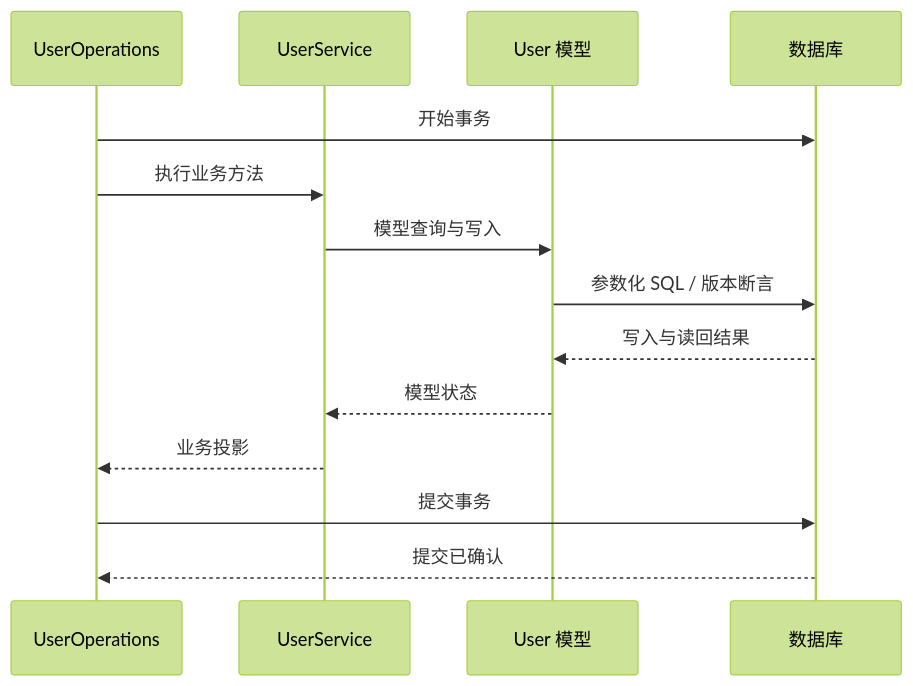
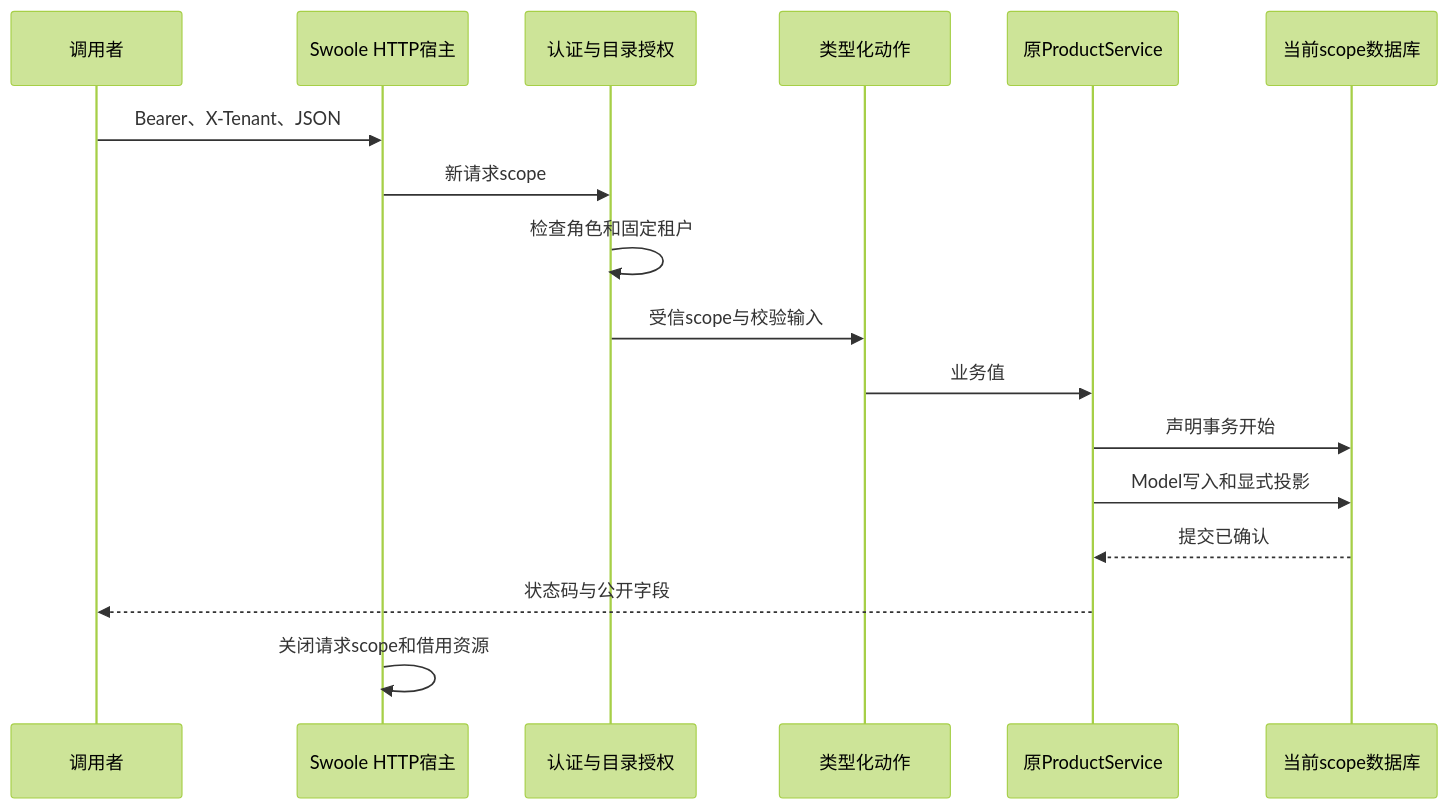
One commit to zoujingli/typeapp changed the second of 3 diagrams in docs/guide/tutorial.md. Above: the diagram before and after it, drawn with Mermaid (forest theme). The commit also changed other lines of this file and 31 other files, not shown here.

````diff
--- a/docs/guide/tutorial.md
+++ b/docs/guide/tutorial.md
@@ -85,16 +86,19 @@
 ```mermaid
 sequenceDiagram
-  participant Operations as UserOperations
-  participant Service as UserService
-  participant Model as User 模型
-  participant DB as 数据库
-  Operations->>DB: 开始事务
-  Operations->>Service: 执行业务方法
-  Service->>Model: 模型查询与写入
-  Model->>DB: 参数化 SQL / 版本断言
-  DB-->>Model: 写入与读回结果
-  Model-->>Service: 模型状态
-  Service-->>Operations: 业务投影
-  Operations->>DB: 提交事务
-  DB-->>Operations: 提交已确认
+  participant Client as 调用者
+  participant HTTP as Swoole HTTP宿主
+  participant Auth as 认证与目录授权
+  participant Action as 类型化动作
+  participant Service as 原ProductService
+  participant DB as 当前scope数据库
+  Client->>HTTP: Bearer、X-Tenant、JSON
+  HTTP->>Auth: 新请求scope
+  Auth->>Auth: 检查角色和固定租户
+  Auth->>Action: 受信scope与校验输入
+  Action->>Service: 业务值
+  Service->>DB: 声明事务开始
+  Service->>DB: Model写入和显式投影
+  DB-->>Service: 提交已确认
+  Service-->>Client: 状态码与公开字段
+  HTTP->>HTTP: 关闭请求scope和借用资源
 ```
````
